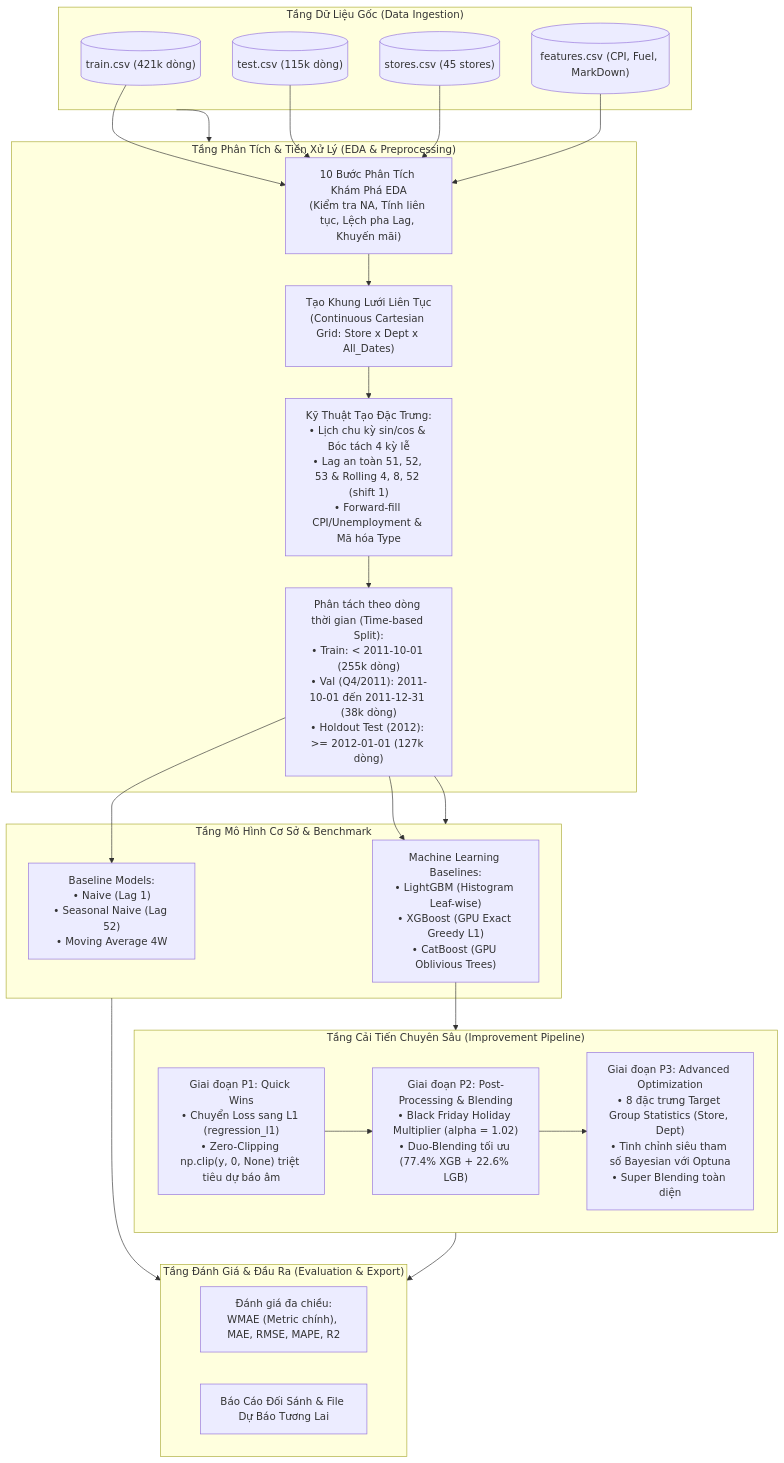
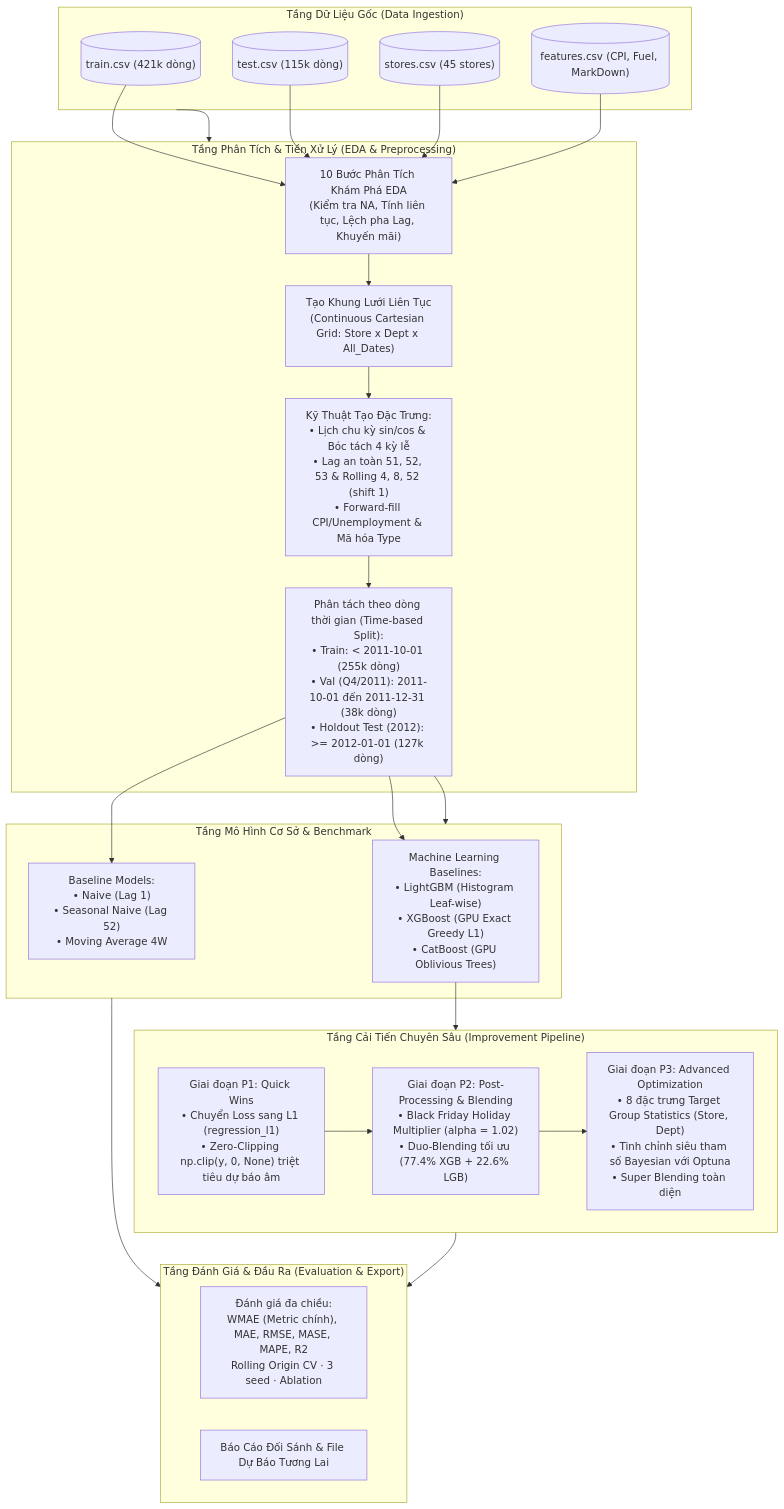
One commit to Cocobaut/Time-Series-Forecasting-By-ML changed the diagram in Final_Analyze.md. Above: the diagram before and after it, drawn with Mermaid. The commit also changed other lines of this file and 149 other files, not shown here.

````diff
--- a/Final_Analyze.md
+++ b/Final_Analyze.md
@@ -58,41 +62,41 @@
 ```mermaid
 flowchart TD
     subgraph S1["Tầng Dữ Liệu Gốc (Data Ingestion)"]
         D1[("train.csv (421k dòng)")]
         D2[("test.csv (115k dòng)")]
         D3[("stores.csv (45 stores)")]
         D4[("features.csv (CPI, Fuel, MarkDown)")]
     end
 
     subgraph S2["Tầng Phân Tích & Tiền Xử Lý (EDA & Preprocessing)"]
         EDA["10 Bước Phân Tích Khám Phá EDA<br/>(Kiểm tra NA, Tính liên tục, Lệch pha Lag, Khuyến mãi)"]
         GRID["Tạo Khung Lưới Liên Tục<br/>(Continuous Cartesian Grid: Store x Dept x All_Dates)"]
         FEAT["Kỹ Thuật Tạo Đặc Trưng:<br/>• Lịch chu kỳ sin/cos & Bóc tách 4 kỳ lễ<br/>• Lag an toàn 51, 52, 53 & Rolling 4, 8, 52 (shift 1)<br/>• Forward-fill CPI/Unemployment & Mã hóa Type"]
         SPLIT["Phân tách theo dòng thời gian (Time-based Split):<br/>• Train: < 2011-10-01 (255k dòng)<br/>• Val (Q4/2011): 2011-10-01 đến 2011-12-31 (38k dòng)<br/>• Holdout Test (2012): >= 2012-01-01 (127k dòng)"]
     end
 
     subgraph S3["Tầng Mô Hình Cơ Sở & Benchmark"]
         BM["Baseline Models:<br/>• Naive (Lag 1)<br/>• Seasonal Naive (Lag 52)<br/>• Moving Average 4W"]
         ML["Machine Learning Baselines:<br/>• LightGBM (Histogram Leaf-wise)<br/>• XGBoost (GPU Exact Greedy L1)<br/>• CatBoost (GPU Oblivious Trees)"]
     end
 
     subgraph S4["Tầng Cải Tiến Chuyên Sâu (Improvement Pipeline)"]
         P1["Giai đoạn P1: Quick Wins<br/>• Chuyển Loss sang L1 (regression_l1)<br/>• Zero-Clipping np.clip(y, 0, None) triệt tiêu dự báo âm"]
         P2["Giai đoạn P2: Post-Processing & Blending<br/>• Black Friday Holiday Multiplier (alpha = 1.02)<br/>• Duo-Blending tối ưu (77.4% XGB + 22.6% LGB)"]
         P3["Giai đoạn P3: Advanced Optimization<br/>• 8 đặc trưng Target Group Statistics (Store, Dept)<br/>• Tinh chỉnh siêu tham số Bayesian với Optuna<br/>• Super Blending toàn diện"]
     end
 
     subgraph S5["Tầng Đánh Giá & Đầu Ra (Evaluation & Export)"]
-        EVAL["Đánh giá đa chiều:<br/>WMAE (Metric chính), MAE, RMSE, MAPE, R2"]
+        EVAL["Đánh giá đa chiều:<br/>WMAE (Metric chính), MAE, RMSE, MASE, MAPE, R2<br/>Rolling Origin CV · 3 seed · Ablation"]
         OUT["Báo Cáo Đối Sánh & File Dự Báo Tương Lai"]
     end
 
     S1 --> S2
     D1 & D2 & D3 & D4 --> EDA --> GRID --> FEAT --> SPLIT
     SPLIT --> S3
     SPLIT --> BM
     SPLIT --> ML
     ML --> S4
     P1 --> P2 --> P3
     S3 & S4 --> S5
 ```
````
